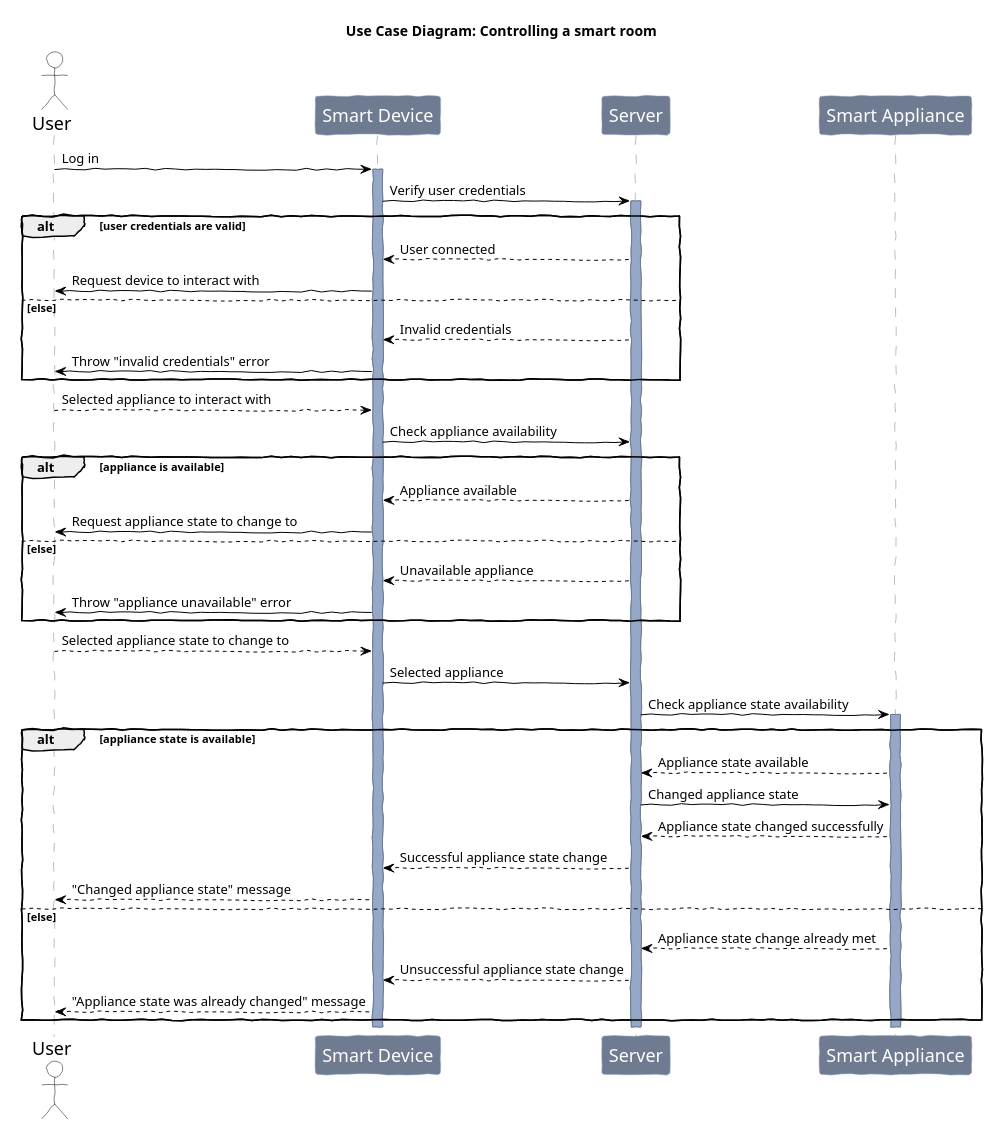
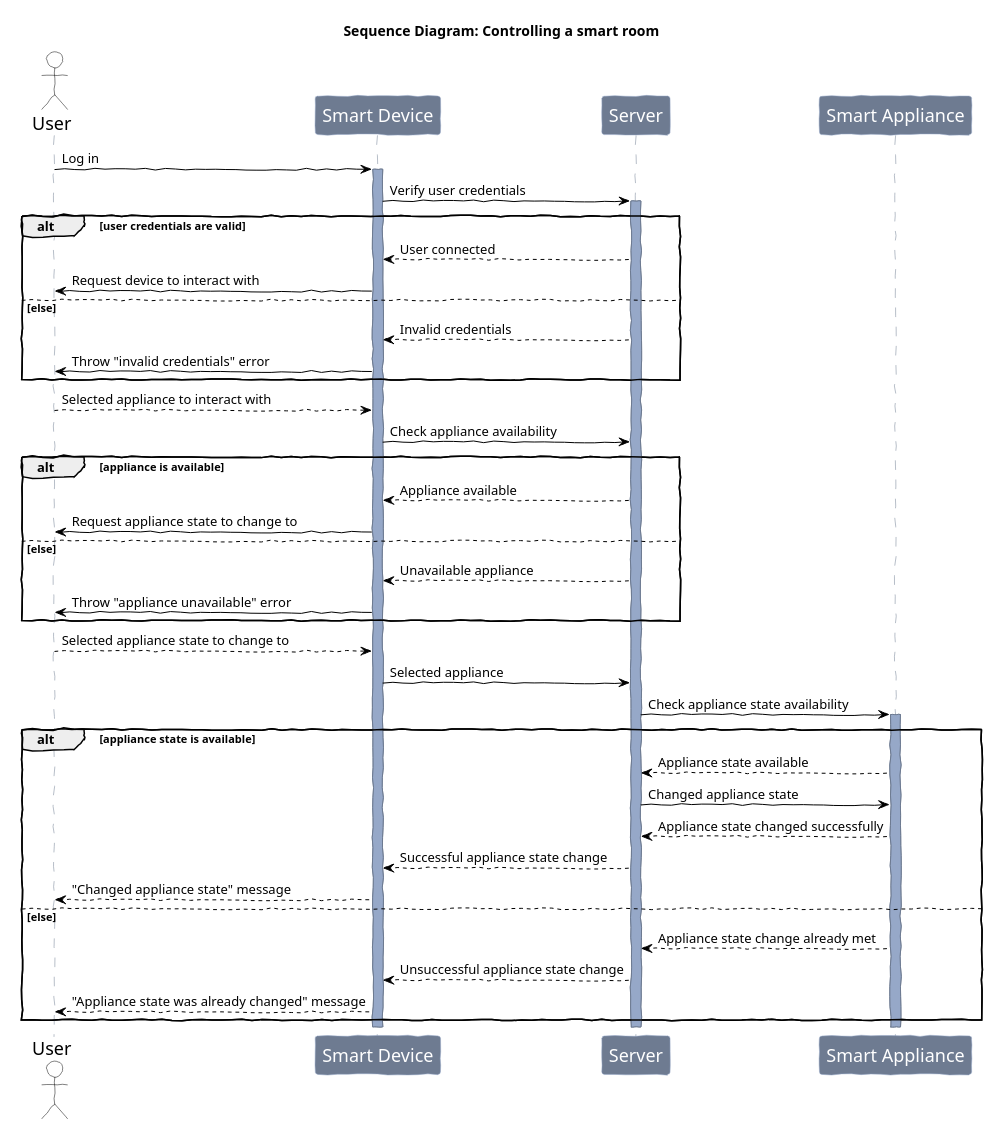
The diagram in Current Courses/Agile Programming/Assignments/Assignment UML/sequence.puml (mikezamayias/glowing-sniffle), drawn with PlantUML before and after one commit. The commit also changed 1 other file, not shown here.

```diff
--- a/Current Courses/Agile Programming/Assignments/Assignment UML/sequence.puml
+++ b/Current Courses/Agile Programming/Assignments/Assignment UML/sequence.puml
@@ -1,75 +1,75 @@
 @startuml
 
 skinparam handwritten true
 skinparam DefaultFontName xkcd script
 skinparam packageStyle rectangle
 skinparam Dpi 50
 skinparam backgroundColor #FFFFFF
 
 skinparam sequence{
 	ArrowColor #000000
 	LifeLineBorderColor #6E7B91
 	LifeLineBackgroundColor #96A8C8
 
 	ParticipantBorderColor #96A8C8
 	ParticipantBackgroundColor #6E7B91
 	ParticipantFontSize 18
 	ParticipantFontColor #FFFFFF
 
 	ActorBorderColor #000000
 	ActorBackgroundColor #FFFFFF
 	ActorFontColor #000000
 	ActorFontSize 18
 }
 
-title Use Case Diagram: Controlling a smart room
+title Sequence Diagram: Controlling a smart room
 
 actor "User" as user
 participant "Smart Device" as smartDevice
 participant "Server" as server
 participant "Smart Appliance" as smartAppliance
 
 user -> smartDevice : Log in
 activate smartDevice
 
 smartDevice -> server : Verify user credentials
 activate server
 alt user credentials are valid
 	server --> smartDevice : User connected
 	smartDevice -> user : Request device to interact with
 else else
 	server --> smartDevice : Invalid credentials
 	smartDevice -> user : Throw "invalid credentials" error
 end
 user --> smartDevice : Selected appliance to interact with
 
 smartDevice -> server : Check appliance availability
 alt appliance is available
 	server --> smartDevice : Appliance available
 	smartDevice -> user : Request appliance state to change to
 else else
 	server --> smartDevice : Unavailable appliance
 	smartDevice -> user : Throw "appliance unavailable" error
 end
 user --> smartDevice : Selected appliance state to change to
 
 smartDevice -> server : Selected appliance
 server -> smartAppliance : Check appliance state availability
 activate smartAppliance
 alt appliance state is available
 	smartAppliance --> server : Appliance state available
 	server -> smartAppliance : Changed appliance state
 	smartAppliance --> server : Appliance state changed successfully
 	server --> smartDevice : Successful appliance state change
 	smartDevice --> user : "Changed appliance state" message
 else else
 	smartAppliance --> server : Appliance state change already met
 	server --> smartDevice : Unsuccessful appliance state change
 	smartDevice --> user : "Appliance state was already changed" message
 end
 
 deactivate smartAppliance
 deactivate server
 deactivate smartDevice
 
 @enduml
```
